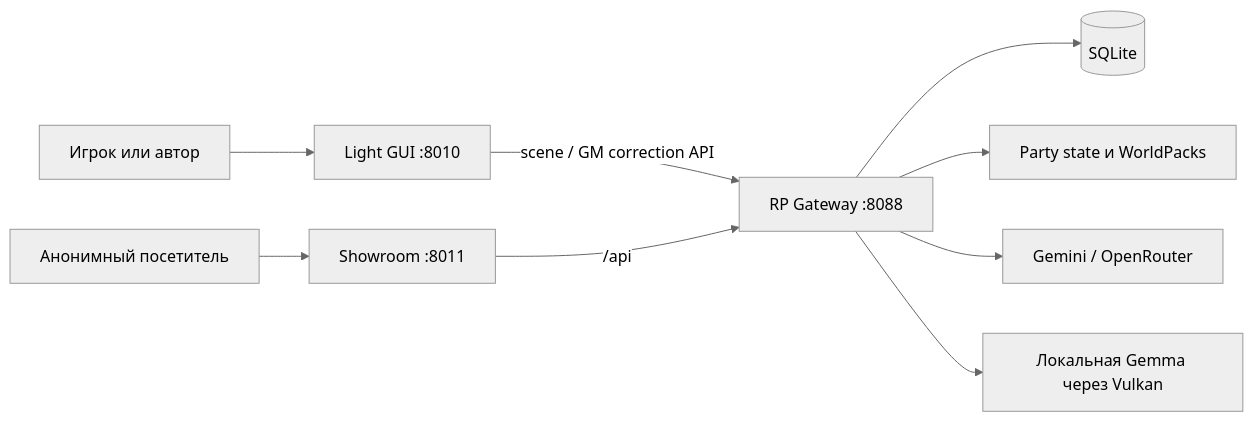
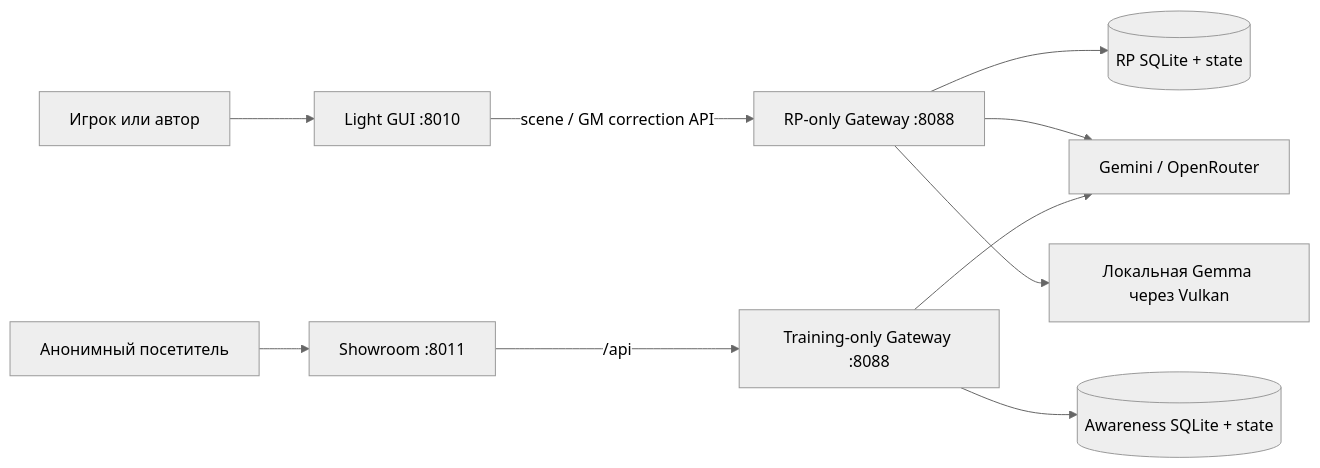
Before and after one commit to abykovwww-byte/ubuntu_ansible_palybooks: the diagram in docs/wiki/README.md, drawn with Mermaid (neutral theme). The commit also changed other lines of this file and 44 other files, not shown here.

````diff
--- a/docs/wiki/README.md
+++ b/docs/wiki/README.md
@@ -222,11 +227,12 @@
 ```mermaid
 flowchart LR
     P["Игрок или автор"] --> L["Light GUI :8010"]
     V["Анонимный посетитель"] --> S["Showroom :8011"]
-    L -->|"scene / GM correction API"| G["RP Gateway :8088"]
-    S -->|"/api"| G
-    G --> DB[("SQLite")]
-    G --> FS["Party state и WorldPacks"]
-    G --> C["Gemini / OpenRouter"]
-    G --> M["Локальная Gemma через Vulkan"]
+    L -->|"scene / GM correction API"| R["RP-only Gateway :8088"]
+    S -->|"/api"| T["Training-only Gateway :8088"]
+    R --> RDB[("RP SQLite + state")]
+    T --> TDB[("Awareness SQLite + state")]
+    R --> C["Gemini / OpenRouter"]
+    T --> C
+    R --> M["Локальная Gemma через Vulkan"]
 ```
````
